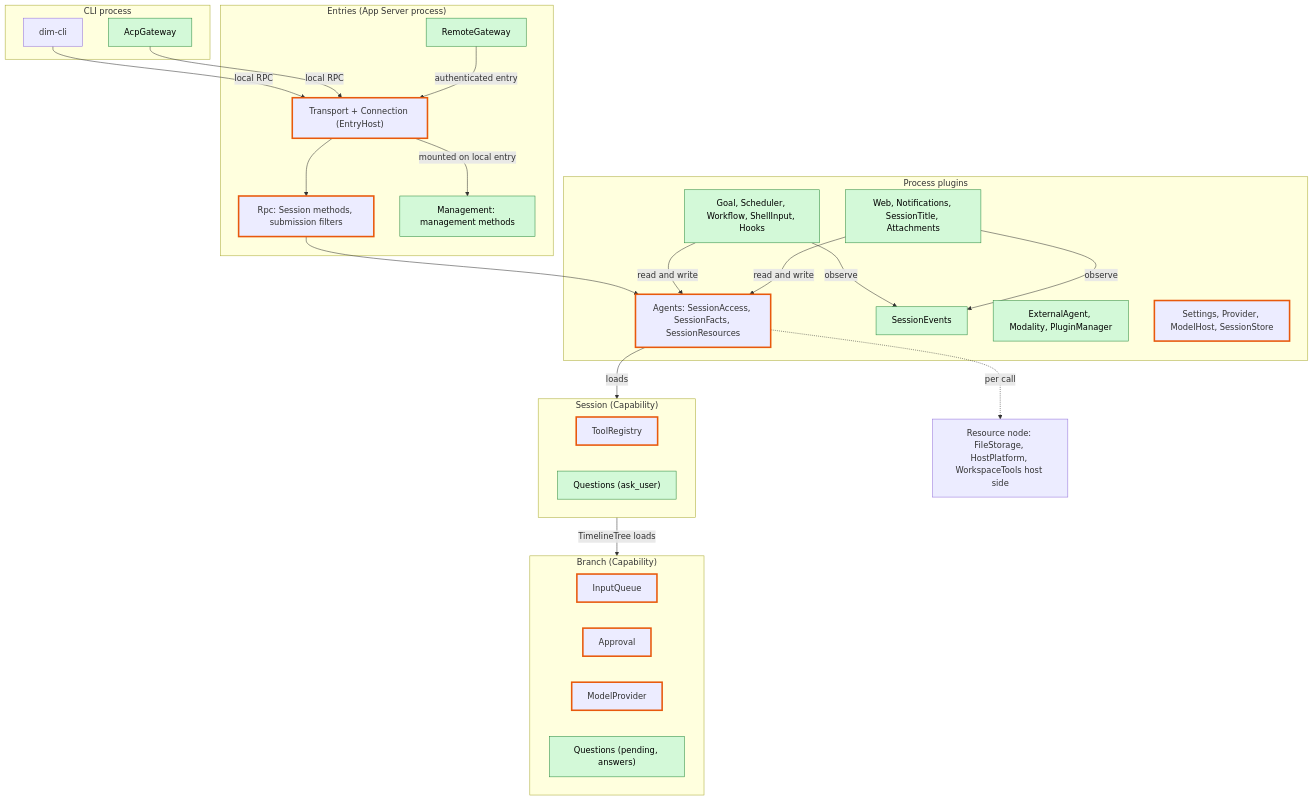
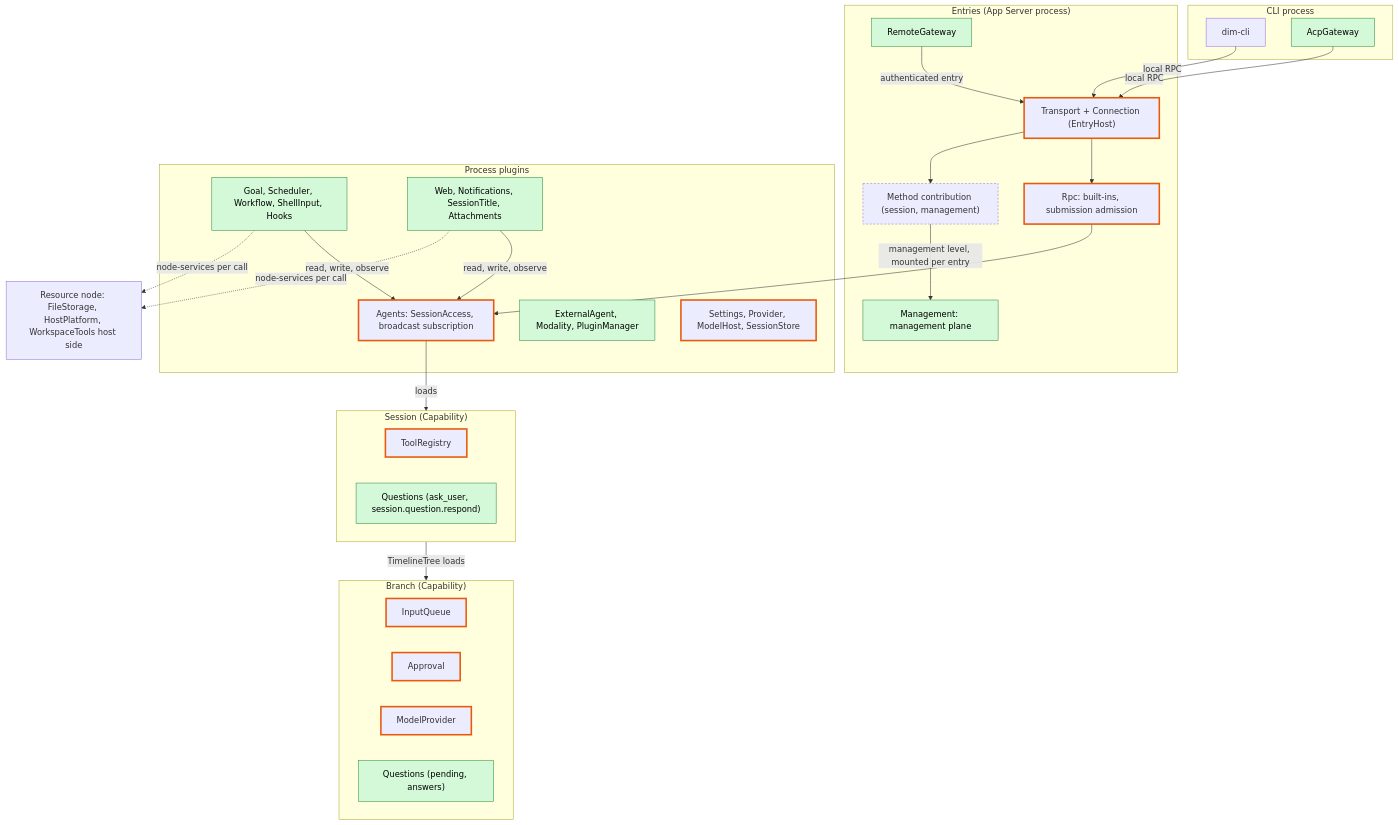
The first of 9 diagrams in docs/design/overview.md (CoutinhoTTS/dim-agent), drawn with Mermaid before and after one commit. The commit also changed other lines of this file, not shown here.

````diff
--- a/docs/design/overview.md
+++ b/docs/design/overview.md
@@ -23,48 +25,48 @@
 ```mermaid
 flowchart TB
   classDef new fill:#d3f9d8,stroke:#2b8a3e,color:#000
   classDef changed stroke:#e8590c,stroke-width:3px
   classDef contract stroke-dasharray:4 3
 
   subgraph CLIP["CLI process"]
     cli["dim-cli"]
     acp["AcpGateway"]:::new
   end
   subgraph ENT["Entries (App Server process)"]
     tr["Transport + Connection (EntryHost)"]:::changed
     rg["RemoteGateway"]:::new
-    rpc["Rpc: Session methods, submission filters"]:::changed
-    mgmt["Management: management methods"]:::new
+    rpc["Rpc: built-ins, submission admission"]:::changed
+    meth["Method contribution (session, management)"]:::contract
+    mgmt["Management: management plane"]:::new
   end
   subgraph PROC["Process plugins"]
-    agents["Agents: SessionAccess, SessionFacts, SessionResources"]:::changed
-    sev["SessionEvents"]:::new
+    agents["Agents: SessionAccess, broadcast subscription"]:::changed
     auto["Goal, Scheduler, Workflow, ShellInput, Hooks"]:::new
     integ["Web, Notifications, SessionTitle, Attachments"]:::new
     ext["ExternalAgent, Modality, PluginManager"]:::new
     base["Settings, Provider, ModelHost, SessionStore"]:::changed
   end
   subgraph SES["Session (Capability)"]
     toolreg["ToolRegistry"]:::changed
-    qs["Questions (ask_user)"]:::new
+    qs["Questions (ask_user, session.question.respond)"]:::new
   end
   subgraph BR["Branch (Capability)"]
     iq["InputQueue"]:::changed
     appr["Approval"]:::changed
     mp["ModelProvider"]:::changed
     qb["Questions (pending, answers)"]:::new
   end
   rn["Resource node: FileStorage, HostPlatform, WorkspaceTools host side"]
 
   cli -->|"local RPC"| tr
   acp -->|"local RPC"| tr
   rg -->|"authenticated entry"| tr
   tr --> rpc
-  tr -->|"mounted on local entry"| mgmt
+  tr --> meth
+  meth -->|"management level, mounted per entry"| mgmt
   rpc --> agents
-  auto & integ -->|"read and write"| agents
-  auto & integ -->|"observe"| sev
+  auto & integ -->|"read, write, observe"| agents
   agents -->|"loads"| SES
   SES -->|"TimelineTree loads"| BR
-  agents -.->|"per call"| rn
+  auto & integ -.->|"node-services per call"| rn
 ```
````
